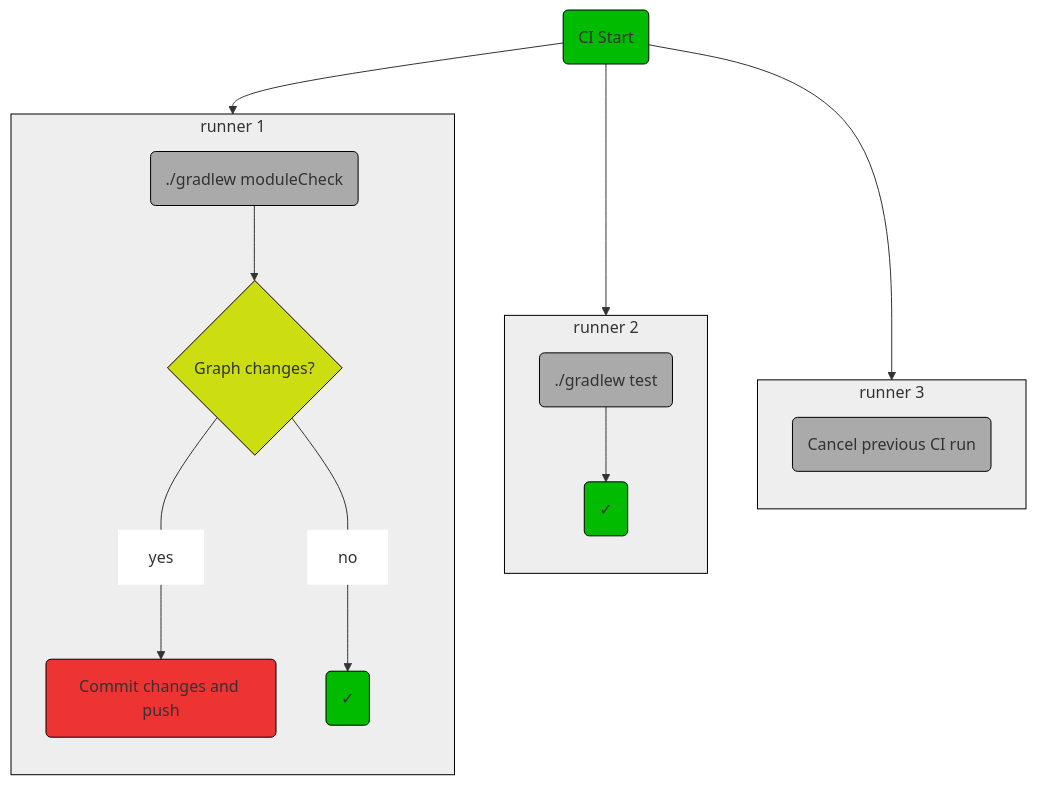
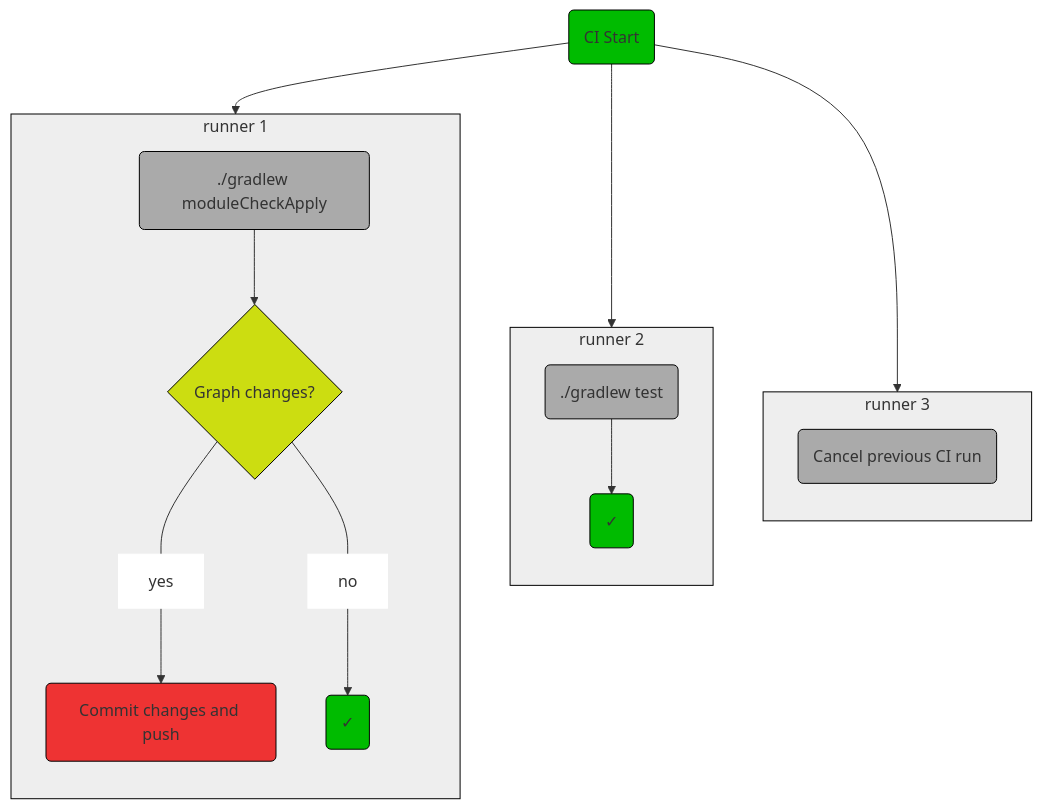
The diagram in website/docs/ci_workflow.md (rickbusarow/ModuleCheck), drawn with Mermaid before and after one commit. The commit also changed other lines of this file and 2 other files, not shown here.

Commit message:
start updating docs

````diff
--- a/website/docs/ci_workflow.md
+++ b/website/docs/ci_workflow.md
@@ -34,36 +34,36 @@
 ```mermaid
 flowchart TB
   Start(CI Start):::good --> mGraph
   Start --> tGraph
   Start --> cGraph
 
   subgraph mGraph [runner 1]
     direction TB
-    ModuleCheck(./gradlew moduleCheck):::code --> ChangesModuleCheck
+    ModuleCheck(./gradlew moduleCheckApply):::code --> ChangesModuleCheck
     ChangesModuleCheck{Graph changes?} --- yesM[yes]:::lineLabel --> CommitModuleCheck(Commit changes and push):::stop
     ChangesModuleCheck --- noM[no]:::lineLabel --> EndModuleCheck("#10003;"):::good
   end
 
   subgraph tGraph [runner 2]
     direction TB
     Tests(./gradlew test):::code --> EndTests("#10003;"):::good
   end
 
   subgraph cGraph [runner 3]
     direction TB
     Cancel(Cancel previous CI run):::code
   end
 
   style tGraph fill:#EEE,stroke:#000
   style cGraph fill:#EEE,stroke:#000
   style mGraph fill:#EEE,stroke:#000
 
   classDef good fill:#0B0,stroke:#000
   classDef stop fill:#E33,stroke:#000
 
   classDef code fill:#AAA,stroke:#000
 
   style ChangesModuleCheck fill:#CD1,stroke:#000
 
   classDef lineLabel fill:#FFF,stroke:#FFF
 ```
````
